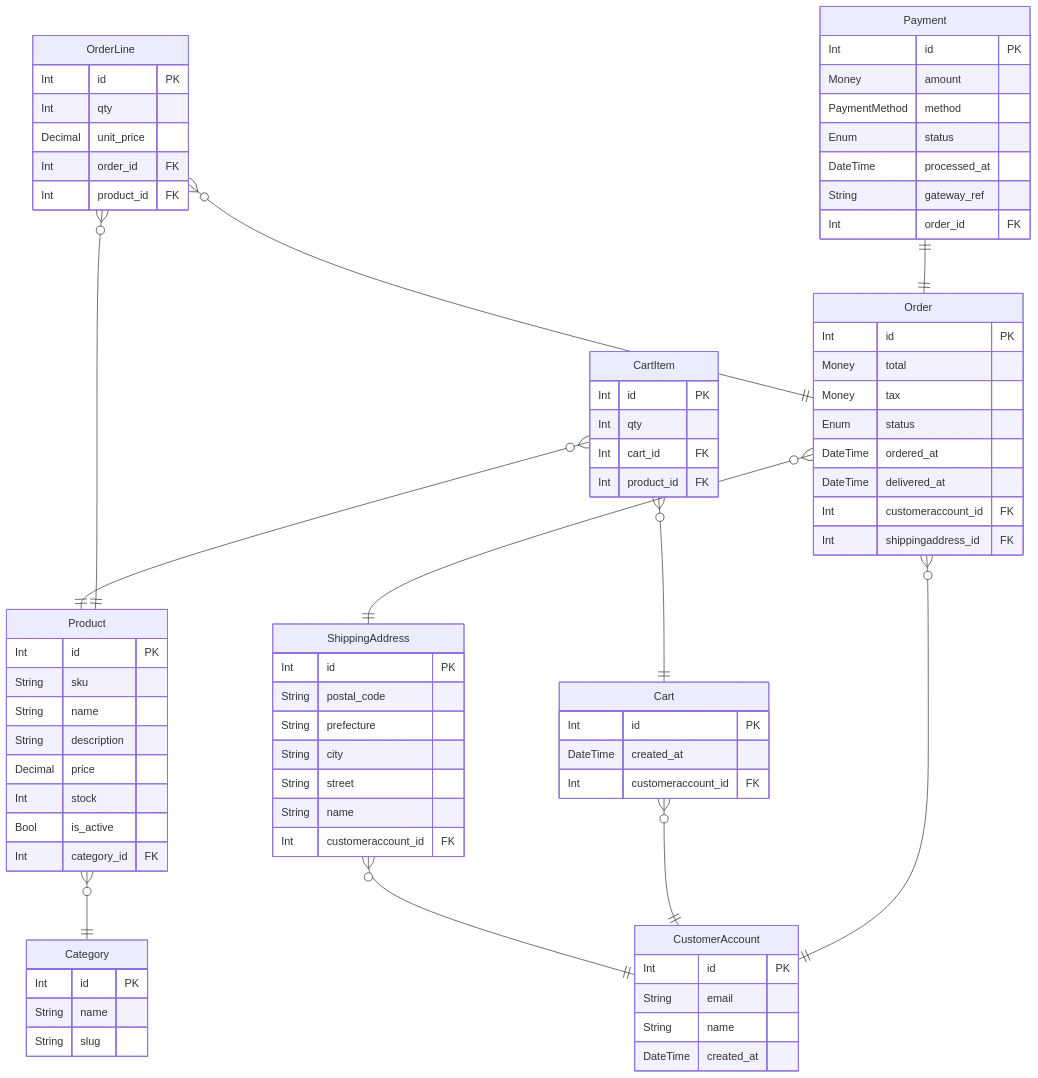
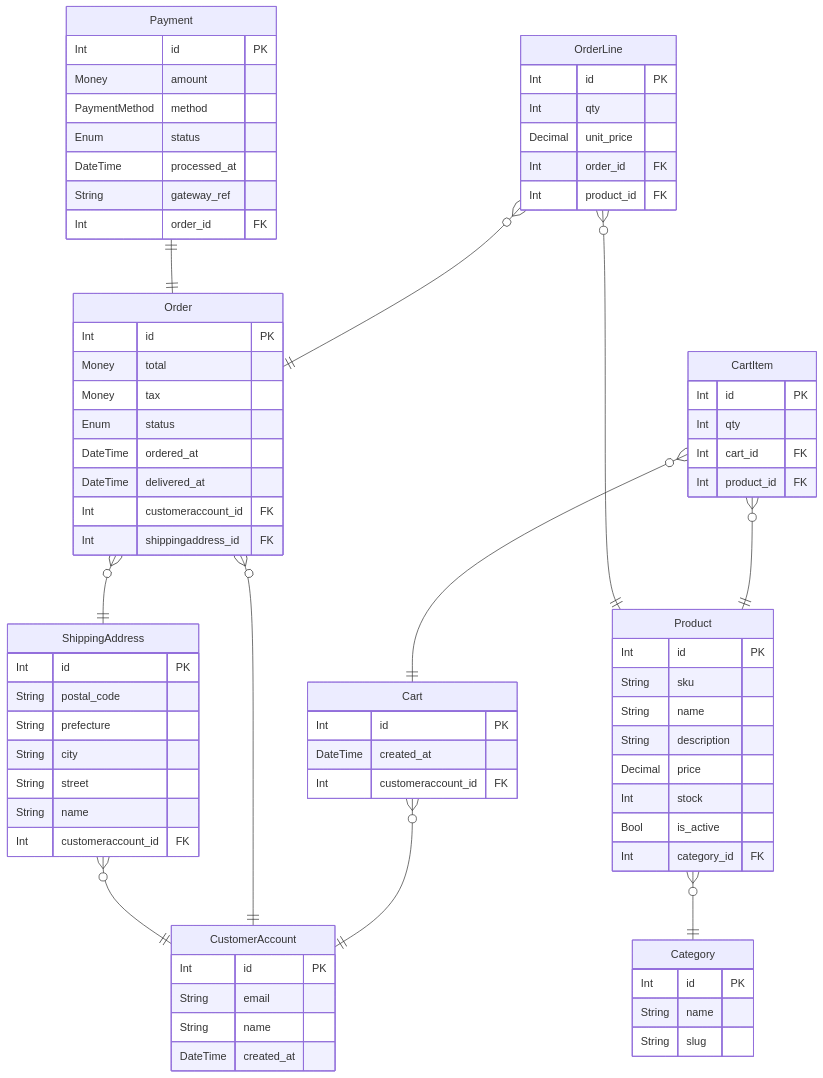
Before and after one commit to manji-0/rdra-ish-dsl: the diagram in samples/ec-site/out/er.mmd, drawn with Mermaid. The commit also changed other lines of this file and 13 other files, not shown here.

First line of the commit message:
fix(er): order ER relations by the ids of the entities they join

```diff
--- a/samples/ec-site/out/er.mmd
+++ b/samples/ec-site/out/er.mmd
@@ -1,81 +1,81 @@
 %% rdra-ish diagram=er scope=whole model=samples/ec-site
 %% kinds: entity
 %% omitted: (none)
 erDiagram
   Cart {
     Int id PK
     DateTime created_at
     Int customeraccount_id FK
   }
   CartItem {
     Int id PK
     Int qty
     Int cart_id FK
     Int product_id FK
   }
   Category {
     Int id PK
     String name
     String slug
   }
   CustomerAccount {
     Int id PK
     String email
     String name
     DateTime created_at
   }
   Order {
     Int id PK
     Money total
     Money tax
     Enum status
     DateTime ordered_at
     DateTime delivered_at
     Int customeraccount_id FK
     Int shippingaddress_id FK
   }
   OrderLine {
     Int id PK
     Int qty
     Decimal unit_price
     Int order_id FK
     Int product_id FK
   }
   Payment {
     Int id PK
     Money amount
     PaymentMethod method
     Enum status
     DateTime processed_at
     String gateway_ref
     Int order_id FK
   }
   Product {
     Int id PK
     String sku
     String name
     String description
     Decimal price
     Int stock
     Bool is_active
     Int category_id FK
   }
   ShippingAddress {
     Int id PK
     String postal_code
     String prefecture
     String city
     String street
     String name
     Int customeraccount_id FK
   }
+  Cart }o--|| CustomerAccount : ""
+  CartItem }o--|| Cart : ""
+  CartItem }o--|| Product : ""
+  Order }o--|| CustomerAccount : ""
+  Order }o--|| ShippingAddress : ""
+  OrderLine }o--|| Order : ""
+  OrderLine }o--|| Product : ""
+  Payment ||--|| Order : ""
   Product }o--|| Category : ""
   ShippingAddress }o--|| CustomerAccount : ""
-  Cart }o--|| CustomerAccount : ""
-  CartItem }o--|| Product : ""
-  CartItem }o--|| Cart : ""
-  Order }o--|| CustomerAccount : ""
-  Order }o--|| ShippingAddress : ""
-  OrderLine }o--|| Product : ""
-  OrderLine }o--|| Order : ""
-  Payment ||--|| Order : ""
```
